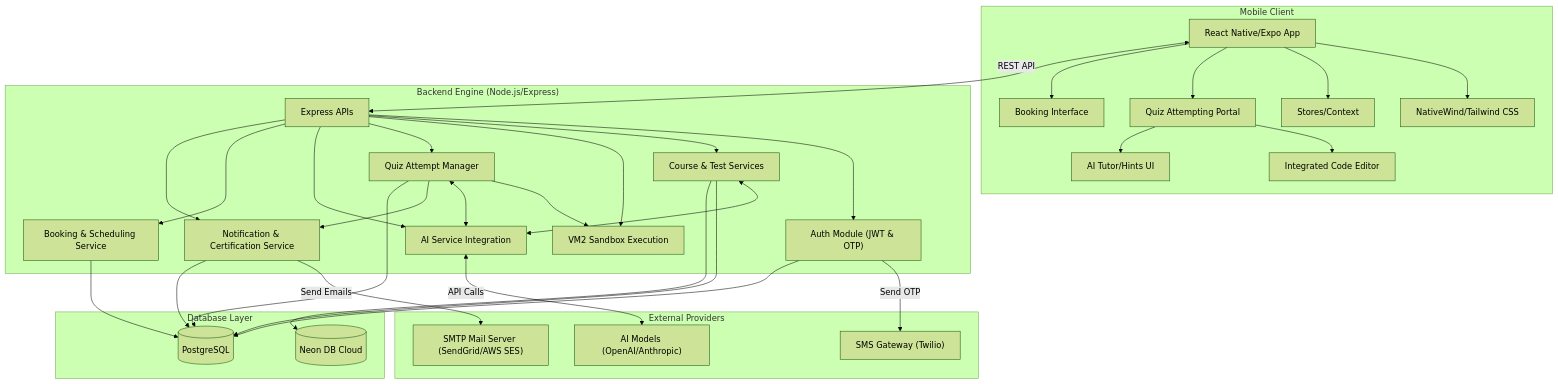
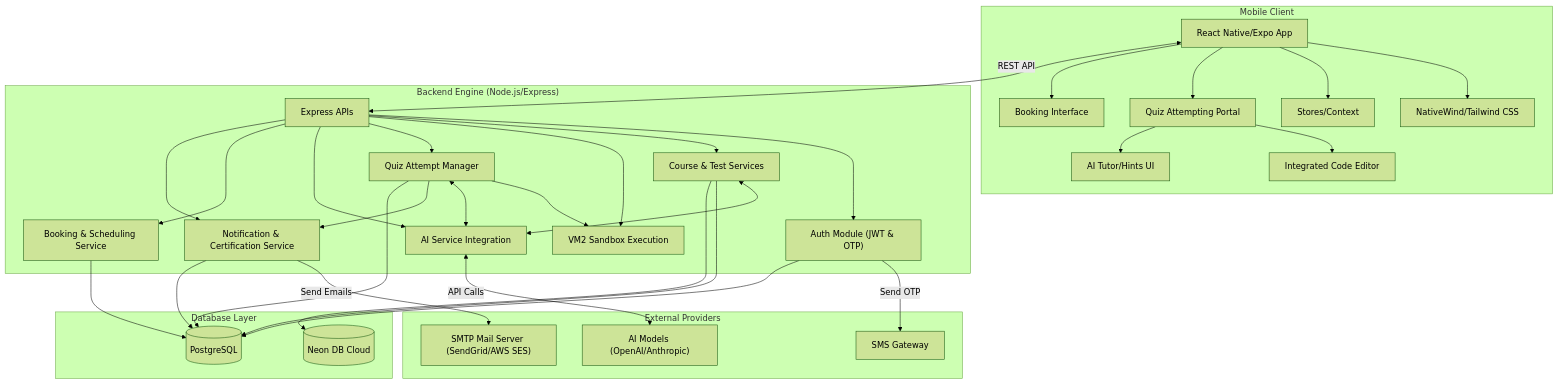
One commit to Kowsik-Y/Quizz-Portal changed the diagram in README.md. Above: the diagram before and after it, drawn with Mermaid (forest theme). The commit also changed other lines of this file, not shown here.

````diff
--- a/README.md
+++ b/README.md
@@ -53,67 +53,67 @@
 ```mermaid
 graph TD
     subgraph "Mobile Client"
         App[React Native/Expo App]
         UI[NativeWind/Tailwind CSS]
         State[Stores/Context]
         QuizPortal[Quiz Attempting Portal]
         CodeEditor[Integrated Code Editor]
         AIAssistant[AI Tutor/Hints UI]
         BookingUI[Booking Interface]
         
         App --> UI
         App --> State
         App --> QuizPortal
         QuizPortal --> CodeEditor
         QuizPortal --> AIAssistant
         App --> BookingUI
     end
 
     subgraph "Backend Engine (Node.js/Express)"
         API_Gateway[Express APIs]
         Auth["Auth Module (JWT & OTP)"]
         Services["Course & Test Services"]
         CodeRunner["VM2 Sandbox Execution"]
         AttemptManager["Quiz Attempt Manager"]
         AILogic["AI Service Integration"]
         BookingSystem["Booking & Scheduling Service"]
         NotificationService["Notification & Certification Service"]
         
         API_Gateway --> Auth
         API_Gateway --> Services
         API_Gateway --> CodeRunner
         API_Gateway --> AttemptManager
         API_Gateway --> AILogic
         API_Gateway --> BookingSystem
         API_Gateway --> NotificationService
         
         AttemptManager --> CodeRunner
         Services <--> AILogic
         AttemptManager <--> AILogic
         AttemptManager --> NotificationService
     end
 
     subgraph "External Providers"
         LLM["AI Models (OpenAI/Anthropic)"]
         SMTP["SMTP Mail Server (SendGrid/AWS SES)"]
-        SMSProvider["SMS Gateway (Twilio)"]
+        SMSProvider["SMS Gateway"]
         
         AILogic <-->|API Calls| LLM
         NotificationService -->|Send Emails| SMTP
         Auth -->|Send OTP| SMSProvider
     end
 
     subgraph "Database Layer"
         DB[("PostgreSQL")]
         Neon[("Neon DB Cloud")]
         
         Services --> DB
         Services --> Neon
         Auth --> DB
         AttemptManager --> DB
         BookingSystem --> DB
         NotificationService --> DB
     end
     
     App <-->|REST API| API_Gateway
 ```
````
